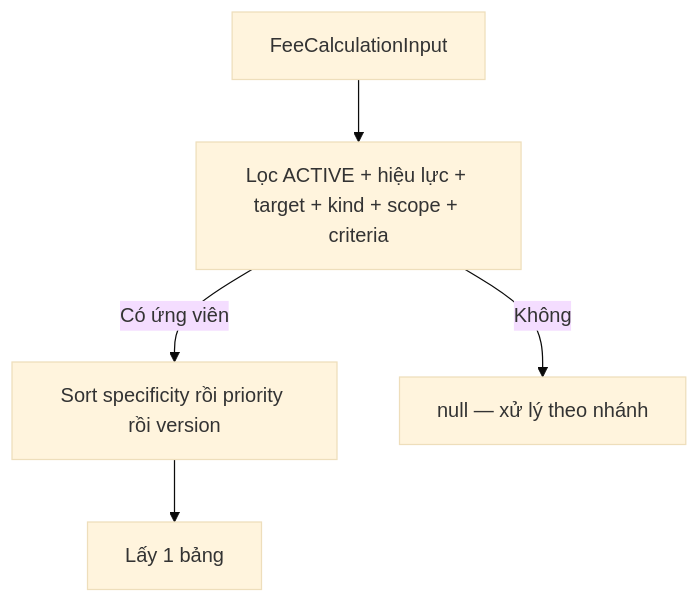
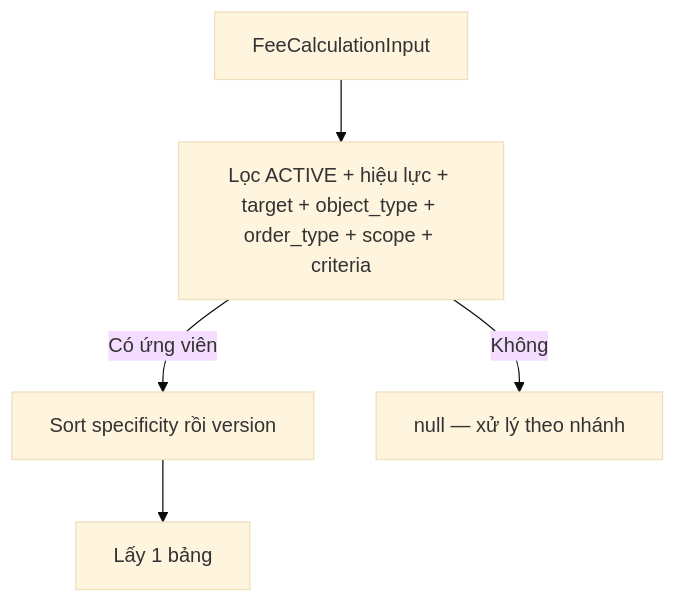
The third of 5 diagrams in docs/BRD-Tong-quan-cau-hinh-va-tinh-phi-don.md (ducld-vetc/rsa-design), drawn with Mermaid (base theme) before and after one commit. The commit also changed other lines of this file and 22 other files, not shown here.

Commit message:
refactor: update fee table schema to support partner management, replace supplier references with partner terminology, and enhance validation logic for fee table imports and price tables

````diff
--- a/docs/BRD-Tong-quan-cau-hinh-va-tinh-phi-don.md
+++ b/docs/BRD-Tong-quan-cau-hinh-va-tinh-phi-don.md
@@ -205,11 +205,11 @@
 ```mermaid
 flowchart TD
   input[FeeCalculationInput]
-  filter[Lọc ACTIVE + hiệu lực + target + kind + scope + criteria]
-  rank[Sort specificity rồi priority rồi version]
+  filter[Lọc ACTIVE + hiệu lực + target + object_type + order_type + scope + criteria]
+  rank[Sort specificity rồi version]
   pick[Lấy 1 bảng]
   none[null — xử lý theo nhánh]
   input --> filter
   filter -->|Có ứng viên| rank --> pick
   filter -->|Không| none
 ```
````
